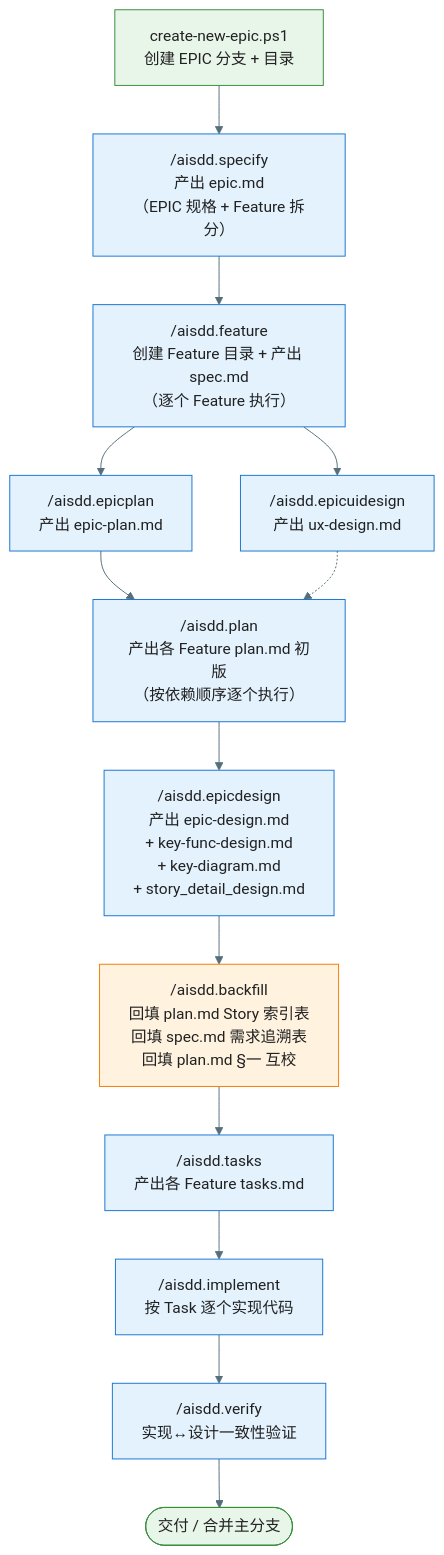
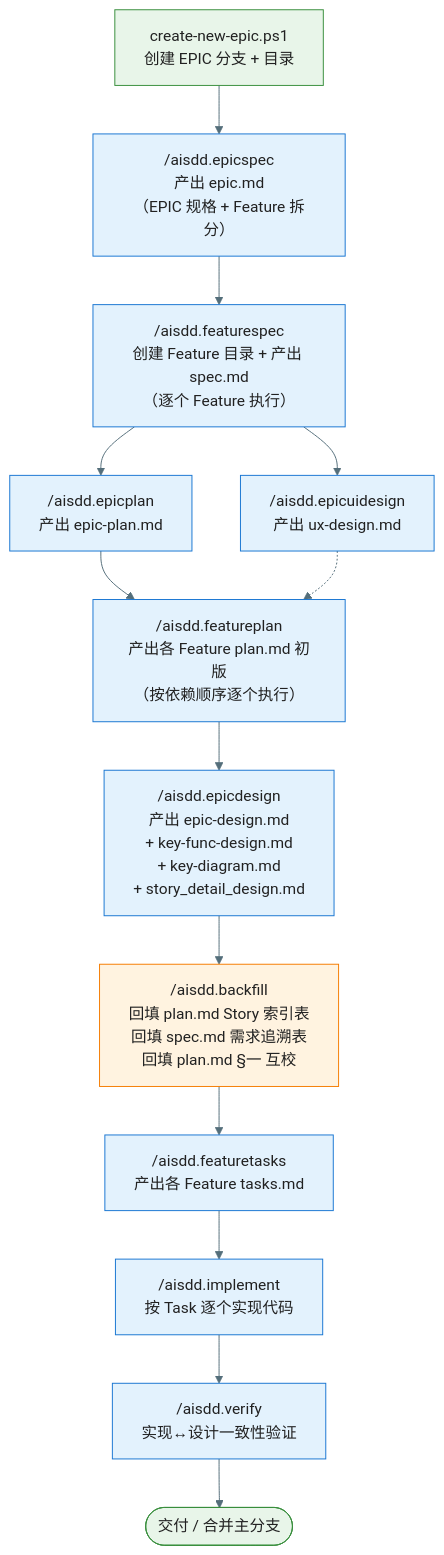
The third of 5 diagrams in .specify/workflow-overview.md (jackykarma/Verity), drawn with Mermaid before and after one commit. The commit also changed other lines of this file and 26 other files, not shown here.

````diff
--- a/.specify/workflow-overview.md
+++ b/.specify/workflow-overview.md
@@ -148,20 +148,20 @@
 ```mermaid
 %%{init: {'theme': 'base', 'themeVariables': { 'primaryColor': '#E3F2FD', 'primaryTextColor': '#212121', 'primaryBorderColor': '#1976D2', 'lineColor': '#546E7A'}}}%%
 flowchart TD
-    Step1["create-new-epic.ps1<br/>创建 EPIC 分支 + 目录"] --> Step2["/aisdd.specify<br/>产出 epic.md<br/>（EPIC 规格 + Feature 拆分）"]
-    Step2 --> Step3["/aisdd.feature<br/>创建 Feature 目录 + 产出 spec.md<br/>（逐个 Feature 执行）"]
+    Step1["create-new-epic.ps1<br/>创建 EPIC 分支 + 目录"] --> Step2["/aisdd.epicspec<br/>产出 epic.md<br/>（EPIC 规格 + Feature 拆分）"]
+    Step2 --> Step3["/aisdd.featurespec<br/>创建 Feature 目录 + 产出 spec.md<br/>（逐个 Feature 执行）"]
     Step3 --> Step4["/aisdd.epicplan<br/>产出 epic-plan.md"]
     Step3 --> Step5["/aisdd.epicuidesign<br/>产出 ux-design.md"]
-    Step4 --> Step6["/aisdd.plan<br/>产出各 Feature plan.md 初版<br/>（按依赖顺序逐个执行）"]
+    Step4 --> Step6["/aisdd.featureplan<br/>产出各 Feature plan.md 初版<br/>（按依赖顺序逐个执行）"]
     Step5 -.-> Step6
     Step6 --> Step7["/aisdd.epicdesign<br/>产出 epic-design.md<br/>+ key-func-design.md<br/>+ key-diagram.md<br/>+ story_detail_design.md"]
     Step7 --> Step8["/aisdd.backfill<br/>回填 plan.md Story 索引表<br/>回填 spec.md 需求追溯表<br/>回填 plan.md §一 互校"]
-    Step8 --> Step9["/aisdd.tasks<br/>产出各 Feature tasks.md"]
+    Step8 --> Step9["/aisdd.featuretasks<br/>产出各 Feature tasks.md"]
     Step9 --> Step10["/aisdd.implement<br/>按 Task 逐个实现代码"]
     Step10 --> Step11["/aisdd.verify<br/>实现↔设计一致性验证"]
     Step11 --> Step12([交付 / 合并主分支])
 
     style Step1 fill:#E8F5E9,stroke:#388E3C
     style Step12 fill:#E8F5E9,stroke:#388E3C
     style Step8 fill:#FFF3E0,stroke:#F57C00
 ```
````
